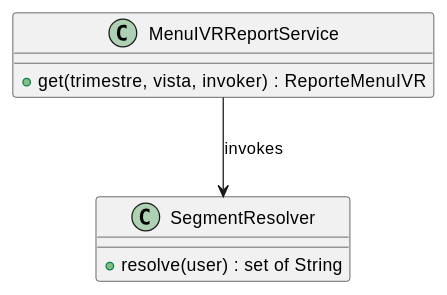
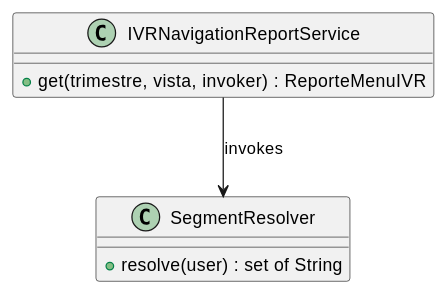
The diagram in source/requisitos/casos-uso/reports/uc-rpt-16/diagramas-uml/diagrama-de-clases.rst (jcg-admin/IACT-docs), drawn with PlantUML before and after one commit. The commit also changed 6 other files, not shown here.

```diff
--- a/source/requisitos/casos-uso/reports/uc-rpt-16/diagramas-uml/diagrama-de-clases.rst
+++ b/source/requisitos/casos-uso/reports/uc-rpt-16/diagramas-uml/diagrama-de-clases.rst
@@ -6,16 +6,16 @@
 .. uml::
  :caption: UC_RPT_16 — clases.
 
  @startuml
 
- class MenuIVRReportService {
+ class IVRNavigationReportService {
    + get(trimestre, vista, invoker) : ReporteMenuIVR
  }
 
  class SegmentResolver {
    + resolve(user) : set of String
  }
 
- MenuIVRReportService --> SegmentResolver : invokes
+ IVRNavigationReportService --> SegmentResolver : invokes
 
  @enduml
```
